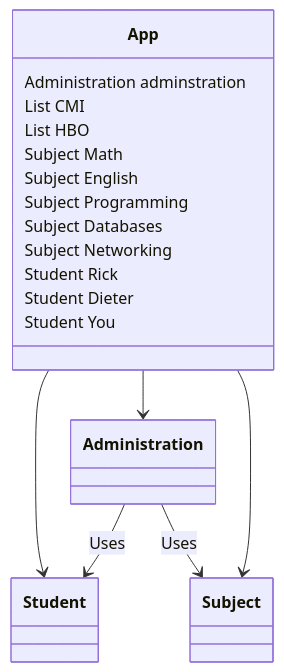
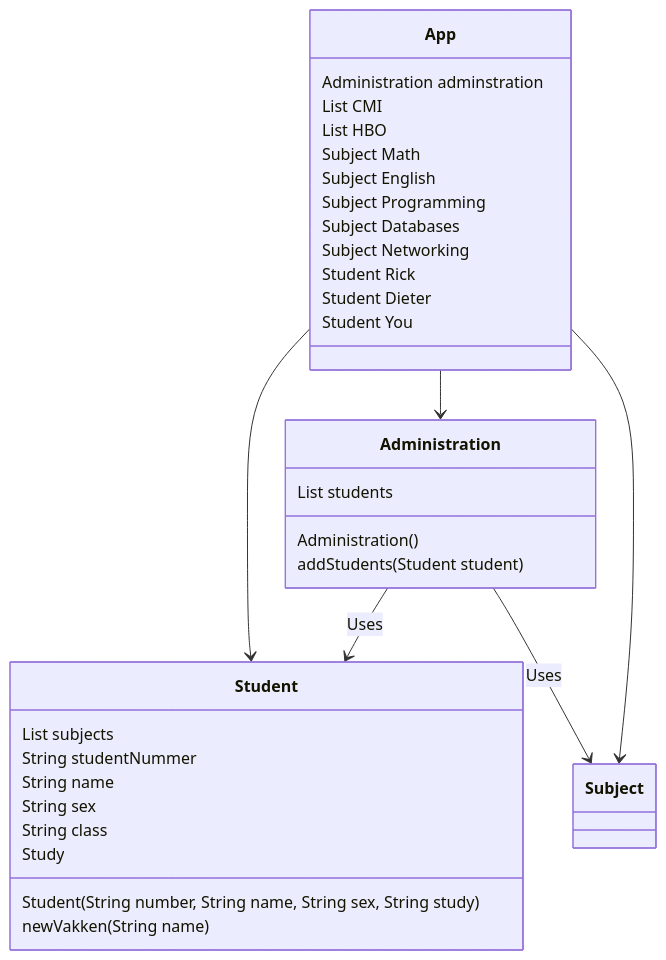
Before and after one commit to RockFreakRickerd/SameCodeDifferentLanguagues: the first of 7 diagrams in SchoolSystem/README.md, drawn with Mermaid.

````diff
--- a/SchoolSystem/README.md
+++ b/SchoolSystem/README.md
@@ -11,19 +11,30 @@
 ```mermaid
 classDiagram
 App --> Student
 App --> Administration
 App --> Subject
 Administration --> Student: Uses
 Administration --> Subject: Uses
 App: Administration adminstration
-App: List<Subject> CMI
-App: List<Subject> HBO
+App: List CMI
+App: List HBO
 App: Subject Math
 App: Subject English
 App: Subject Programming
 App: Subject Databases
 App: Subject Networking
 App: Student Rick
 App: Student Dieter
 App: Student You
+Student: List subjects
+Student: String studentNummer
+Student: String name
+Student: String sex
+Student: String class
+Student: Study
+Student: Student(String number, String name, String sex, String study)
+Student: newVakken(String name)
+Administration: List students
+Administration: Administration()
+Administration: addStudents(Student student)
 ```
````
